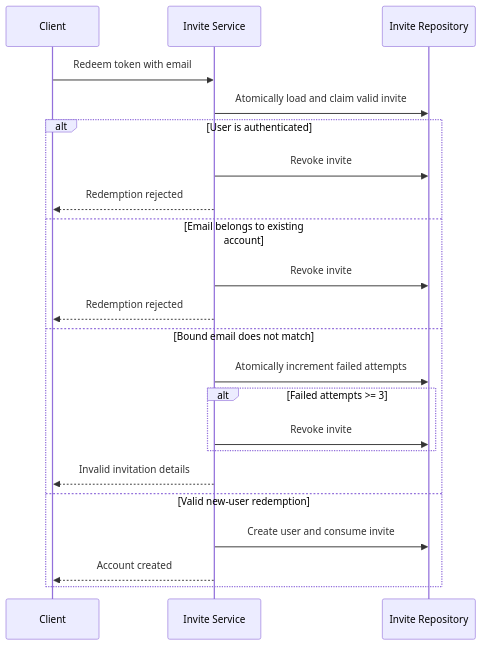
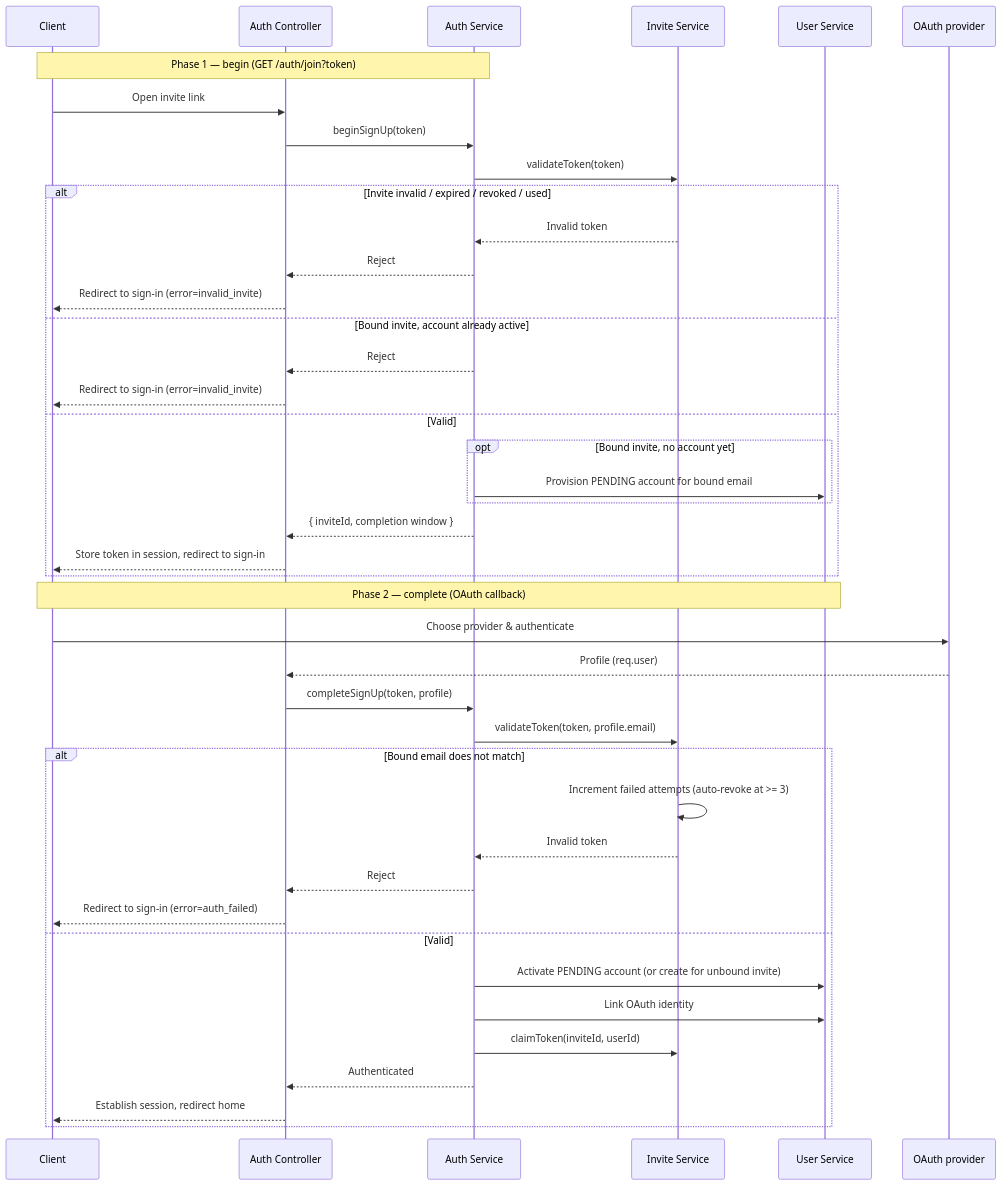
One commit to samAljailani/HomeGate changed the fourth of 5 diagrams in server/docs/invites.md. Above: the diagram before and after it, drawn with Mermaid. The commit also changed other lines of this file and 1 other file, not shown here.

Commit message:
docs: add auth/session design and update invite redemption
Add an auth-session design doc covering the provider-agnostic sign-in
and invite sign-up flows, session lifecycle, and per-request
authorization. Update invites.md to reflect the two-phase, claim-on-
completion redemption (no cross-service transaction).

````diff
--- a/server/docs/invites.md
+++ b/server/docs/invites.md
@@ -252,31 +269,51 @@
 ```mermaid
 sequenceDiagram
     participant Client
+    participant AC as Auth Controller
+    participant AS as Auth Service
     participant I as Invite Service
-    participant R as Invite Repository
+    participant U as User Service
+    participant IDP as OAuth provider
 
-    Client->>I: Redeem token with email
-    I->>R: Atomically load and claim valid invite
+    Note over Client,AS: Phase 1 — begin (GET /auth/join?token)
+    Client->>AC: Open invite link
+    AC->>AS: beginSignUp(token)
+    AS->>I: validateToken(token)
 
-    alt User is authenticated
-        I->>R: Revoke invite
-        I-->>Client: Redemption rejected
+    alt Invite invalid / expired / revoked / used
+        I-->>AS: Invalid token
+        AS-->>AC: Reject
+        AC-->>Client: Redirect to sign-in (error=invalid_invite)
 
-    else Email belongs to existing account
-        I->>R: Revoke invite
-        I-->>Client: Redemption rejected
+    else Bound invite, account already active
+        AS-->>AC: Reject
+        AC-->>Client: Redirect to sign-in (error=invalid_invite)
 
-    else Bound email does not match
-        I->>R: Atomically increment failed attempts
+    else Valid
+        opt Bound invite, no account yet
+            AS->>U: Provision PENDING account for bound email
+        end
+        AS-->>AC: { inviteId, completion window }
+        AC-->>Client: Store token in session, redirect to sign-in
+    end
 
-        alt Failed attempts >= 3
-            I->>R: Revoke invite
-        end
+    Note over Client,U: Phase 2 — complete (OAuth callback)
+    Client->>IDP: Choose provider & authenticate
+    IDP-->>AC: Profile (req.user)
+    AC->>AS: completeSignUp(token, profile)
+    AS->>I: validateToken(token, profile.email)
 
-        I-->>Client: Invalid invitation details
+    alt Bound email does not match
+        I->>I: Increment failed attempts (auto-revoke at >= 3)
+        I-->>AS: Invalid token
+        AS-->>AC: Reject
+        AC-->>Client: Redirect to sign-in (error=auth_failed)
 
-    else Valid new-user redemption
-        I->>R: Create user and consume invite
-        I-->>Client: Account created
+    else Valid
+        AS->>U: Activate PENDING account (or create for unbound invite)
+        AS->>U: Link OAuth identity
+        AS->>I: claimToken(inviteId, userId)
+        AS-->>AC: Authenticated
+        AC-->>Client: Establish session, redirect home
     end
 ```
````
